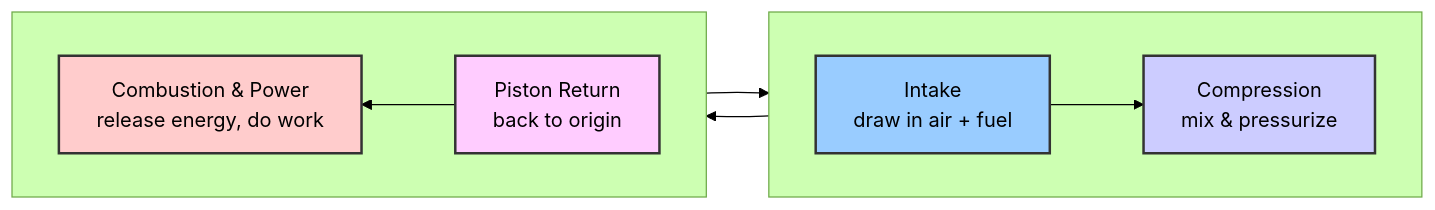
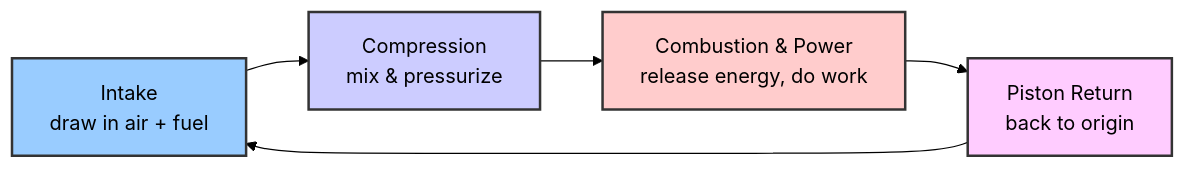
One commit to pinpawo/pinpawo-agent changed the first of 2 diagrams in README.md. Above: the diagram before and after it, drawn with Mermaid (forest theme). The commit also changed other lines of this file, not shown here.

Commit message:
docs: simplify cycle diagrams to pure flowchart loops without subgraph

````diff
--- a/README.md
+++ b/README.md
@@ -23,17 +23,11 @@
 ```mermaid
 flowchart LR
-    subgraph TOP [" "]
-        direction LR
-        I["Intake<br/>draw in air + fuel"] --> CP["Compression<br/>mix & pressurize"]
-    end
-    subgraph BOTTOM [" "]
-        direction RL
-        PR["Piston Return<br/>back to origin"] --> CB["Combustion & Power<br/>release energy, do work"]
-    end
-    CP --> CB
+    I["Intake<br/>draw in air + fuel"] --> CP["Compression<br/>mix & pressurize"]
+    CP --> CB["Combustion & Power<br/>release energy, do work"]
+    CB --> PR["Piston Return<br/>back to origin"]
     PR --> I
     style I fill:#9cf,stroke:#333,stroke-width:2px
     style CP fill:#ccf,stroke:#333,stroke-width:2px
     style CB fill:#fcc,stroke:#333,stroke-width:2px
     style PR fill:#fcf,stroke:#333,stroke-width:2px
 ```
````
